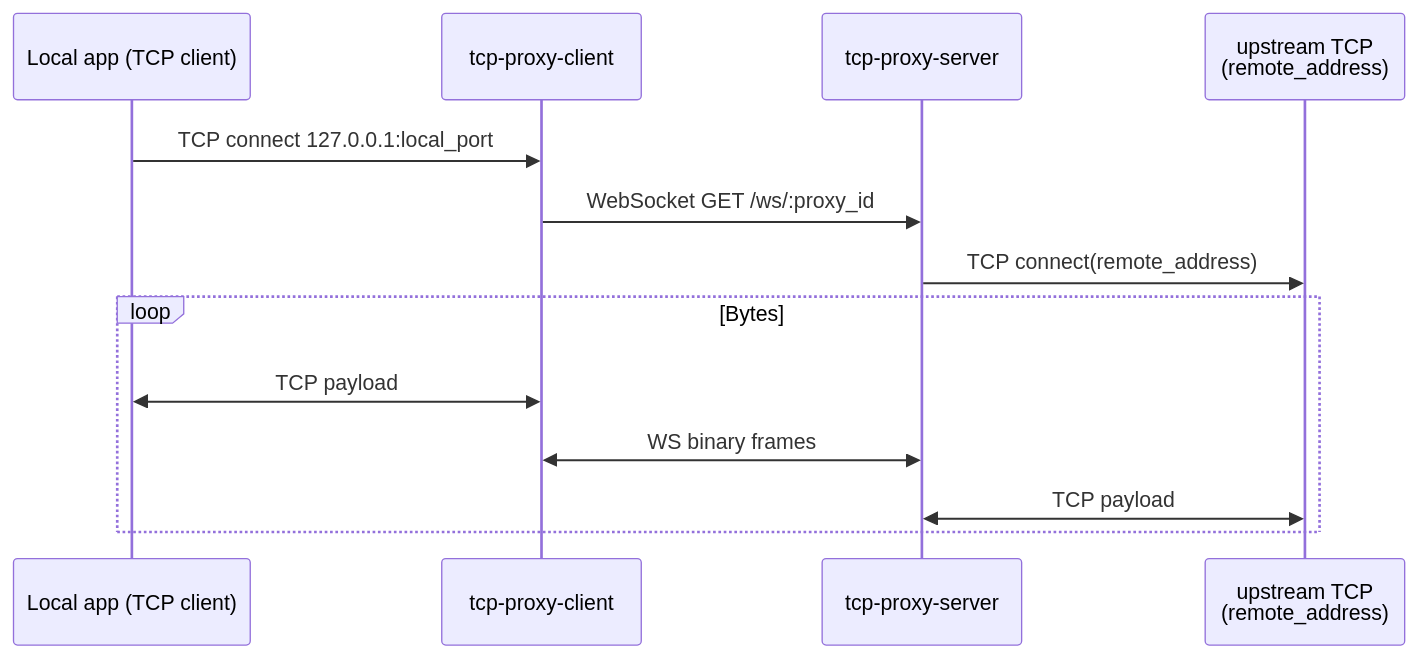
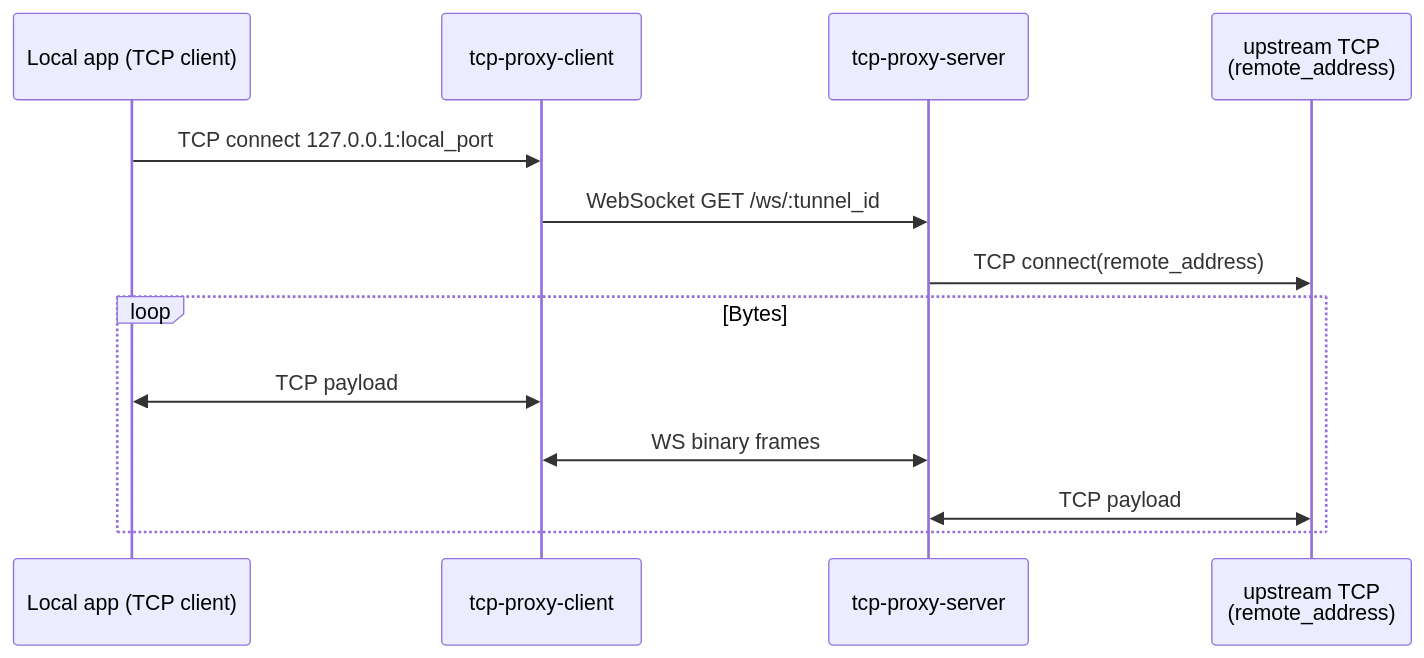
The first of 2 diagrams in README.md (jiapeng1004/pspxy), drawn with Mermaid before and after one commit. The commit also changed other lines of this file and 33 other files, not shown here.

````diff
--- a/README.md
+++ b/README.md
@@ -115,16 +115,16 @@
 ```mermaid
 sequenceDiagram
     participant App as Local app (TCP client)
     participant CT as tcp-proxy-client
     participant SRV as tcp-proxy-server
     participant Up as upstream TCP<br/>(remote_address)
 
     App->>CT: TCP connect 127.0.0.1:local_port
-    CT->>SRV: WebSocket GET /ws/:proxy_id
+    CT->>SRV: WebSocket GET /ws/:tunnel_id
     SRV->>Up:TCP connect(remote_address)
     loop Bytes
       App<<->>CT: TCP payload
       CT<<->>SRV: WS binary frames
       SRV<<->>Up: TCP payload
     end
 ```
````
